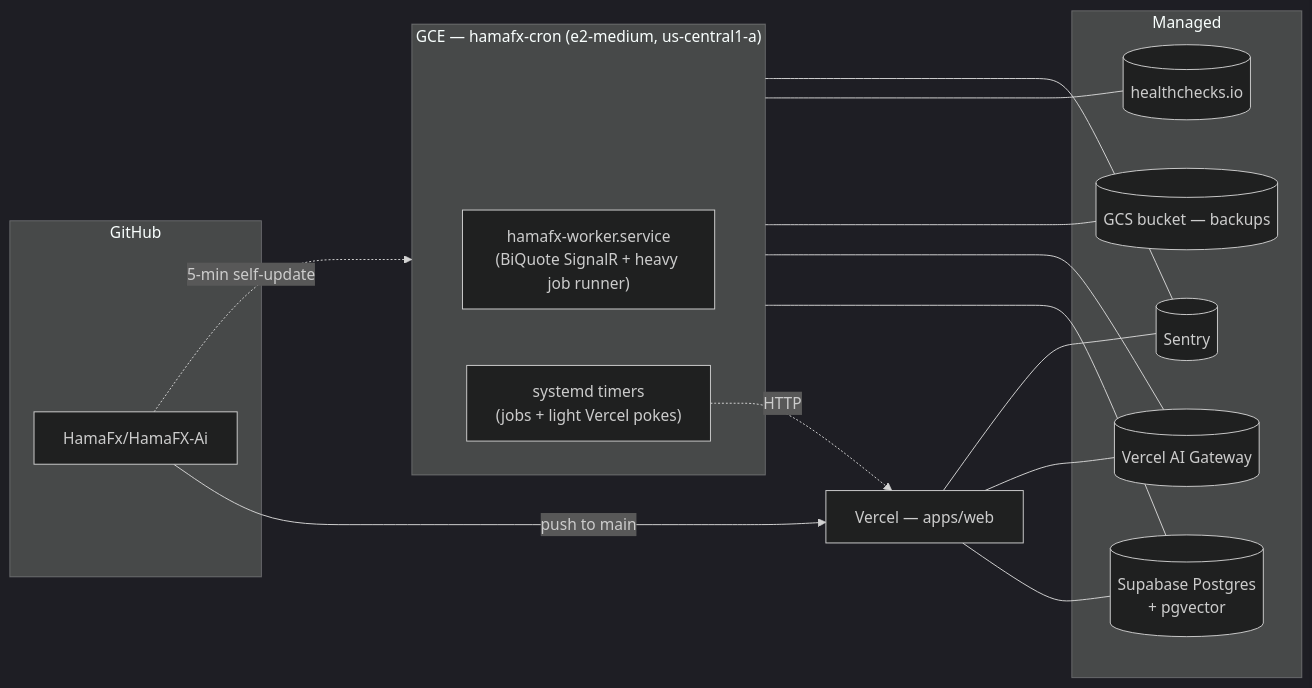
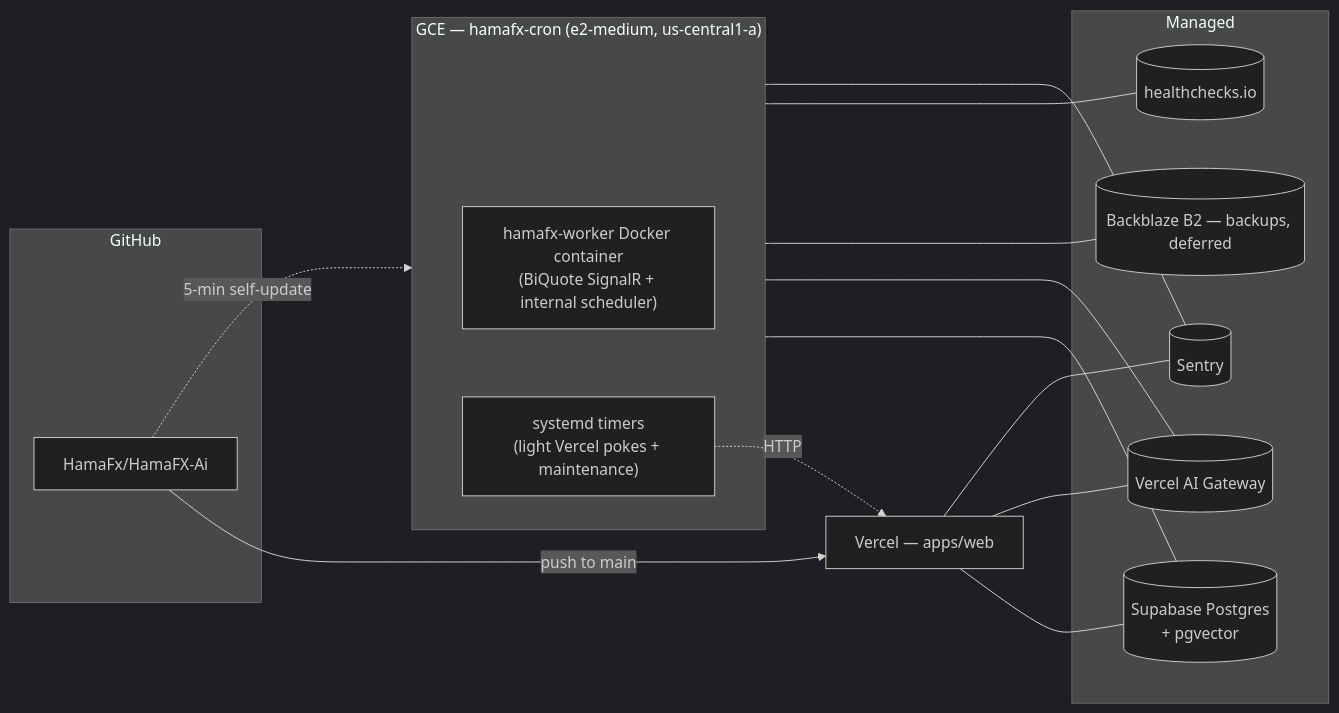
The diagram in docs/08-deployment.md (HamaFx/Kestrel), drawn with Mermaid (dark theme) before and after one commit. The commit also changed other lines of this file and 24 other files, not shown here.

Commit message:
fix(ops): harden cron VM maintenance and defer B2 backups

````diff
--- a/docs/08-deployment.md
+++ b/docs/08-deployment.md
@@ -13,32 +13,32 @@
 ```mermaid
 flowchart LR
     subgraph GH[GitHub]
         REPO[HamaFx/HamaFX-Ai]
     end
 
     REPO -->|push to main| VC[Vercel — apps/web]
     REPO -.5-min self-update.-> VM
 
     subgraph VM["GCE — hamafx-cron (e2-medium, us-central1-a)"]
-        Worker["hamafx-worker.service<br/>(BiQuote SignalR + heavy job runner)"]
-        Timers["systemd timers<br/>(jobs + light Vercel pokes)"]
+        Worker["hamafx-worker Docker container<br/>(BiQuote SignalR + internal scheduler)"]
+        Timers["systemd timers<br/>(light Vercel pokes + maintenance)"]
     end
 
     subgraph Managed
         SB[(Supabase Postgres<br/>+ pgvector)]
         GW[(Vercel AI Gateway)]
-        GCS[(GCS bucket — backups)]
+        B2[(Backblaze B2 — backups, deferred)]
         HC[(healthchecks.io)]
         Sentry[(Sentry)]
     end
 
     VC --- SB
     VC --- GW
     VC --- Sentry
     VM --- SB
     VM --- GW
-    VM --- GCS
+    VM --- B2
     VM --- HC
     VM --- Sentry
     Timers -.HTTP.-> VC
 ```
````
